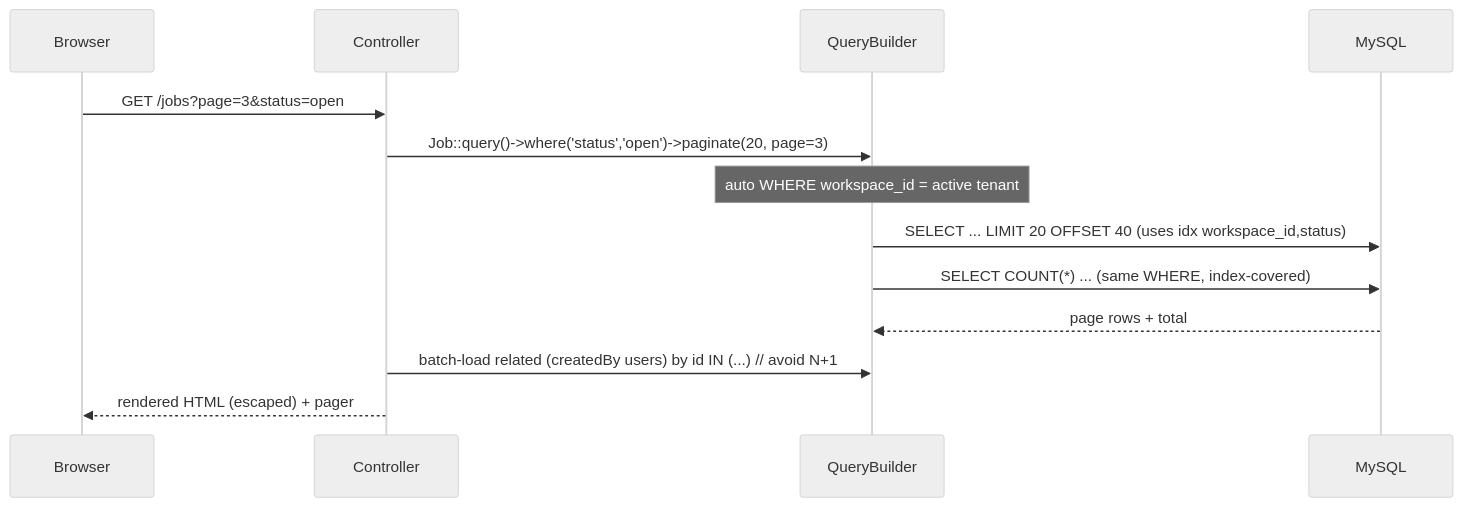
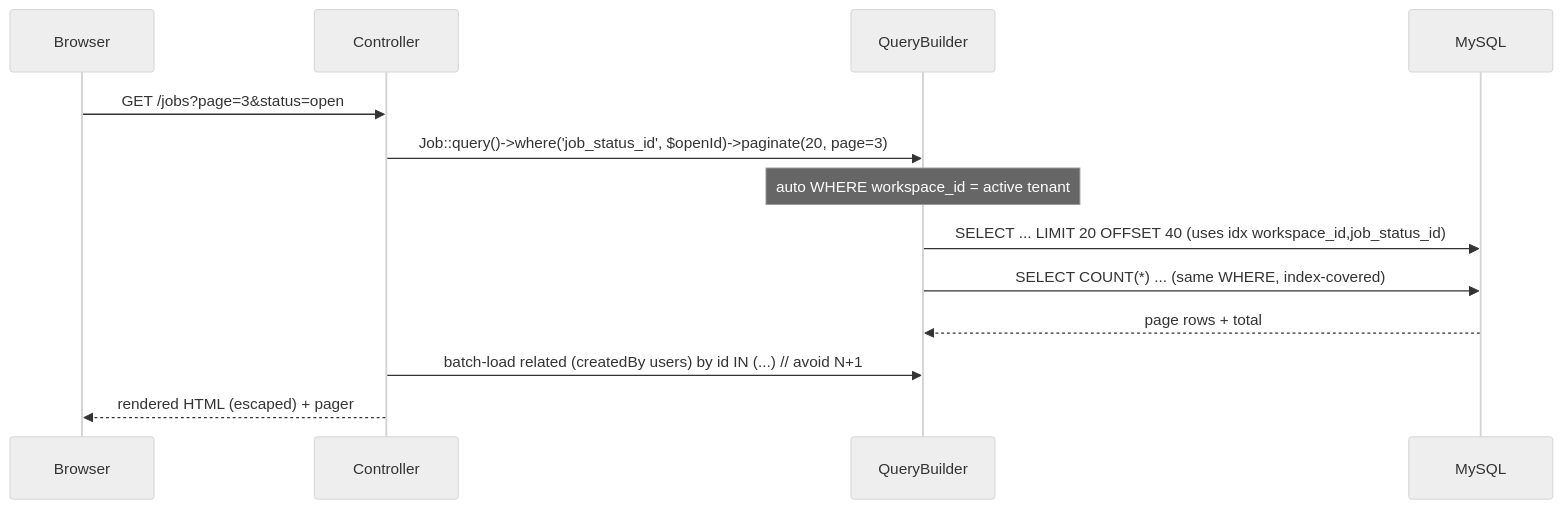
One commit to ammarnabileg/crm changed the second of 2 diagrams in docs/35-Performance.md. Above: the diagram before and after it, drawn with Mermaid (neutral theme). The commit also changed other lines of this file and 26 other files, not shown here.

````diff
--- a/docs/35-Performance.md
+++ b/docs/35-Performance.md
@@ -61,15 +61,15 @@
 ```mermaid
 sequenceDiagram
     participant U as Browser
     participant C as Controller
     participant Q as QueryBuilder
     participant DB as MySQL
     U->>C: GET /jobs?page=3&status=open
-    C->>Q: Job::query()->where('status','open')->paginate(20, page=3)
+    C->>Q: Job::query()->where('job_status_id', $openId)->paginate(20, page=3)
     Note over Q: auto WHERE workspace_id = active tenant
-    Q->>DB: SELECT ... LIMIT 20 OFFSET 40 (uses idx workspace_id,status)
+    Q->>DB: SELECT ... LIMIT 20 OFFSET 40 (uses idx workspace_id,job_status_id)
     Q->>DB: SELECT COUNT(*) ... (same WHERE, index-covered)
     DB-->>Q: page rows + total
     C->>Q: batch-load related (createdBy users) by id IN (...)  // avoid N+1
     C-->>U: rendered HTML (escaped) + pager
 ```
````
